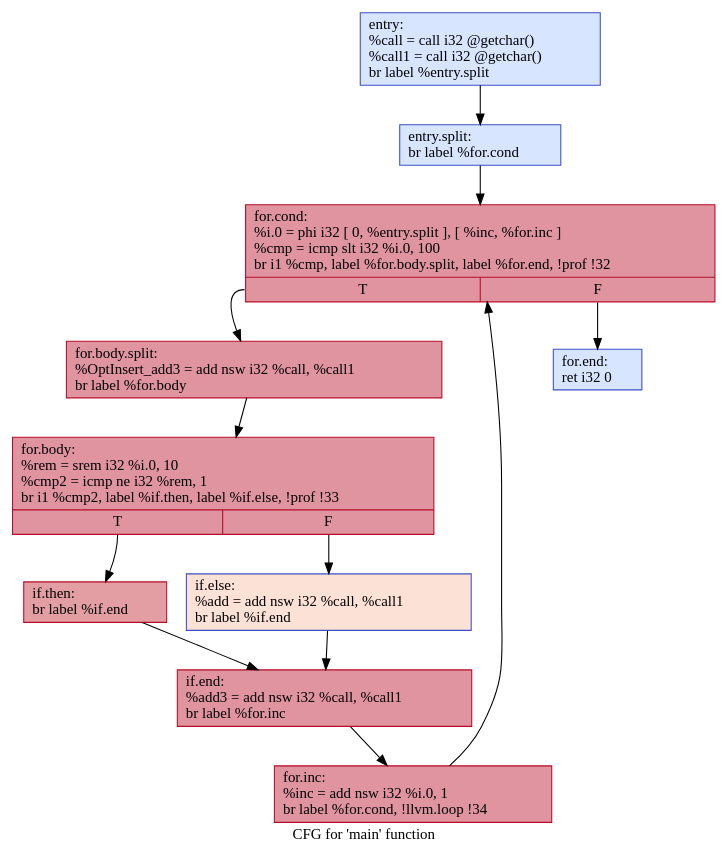
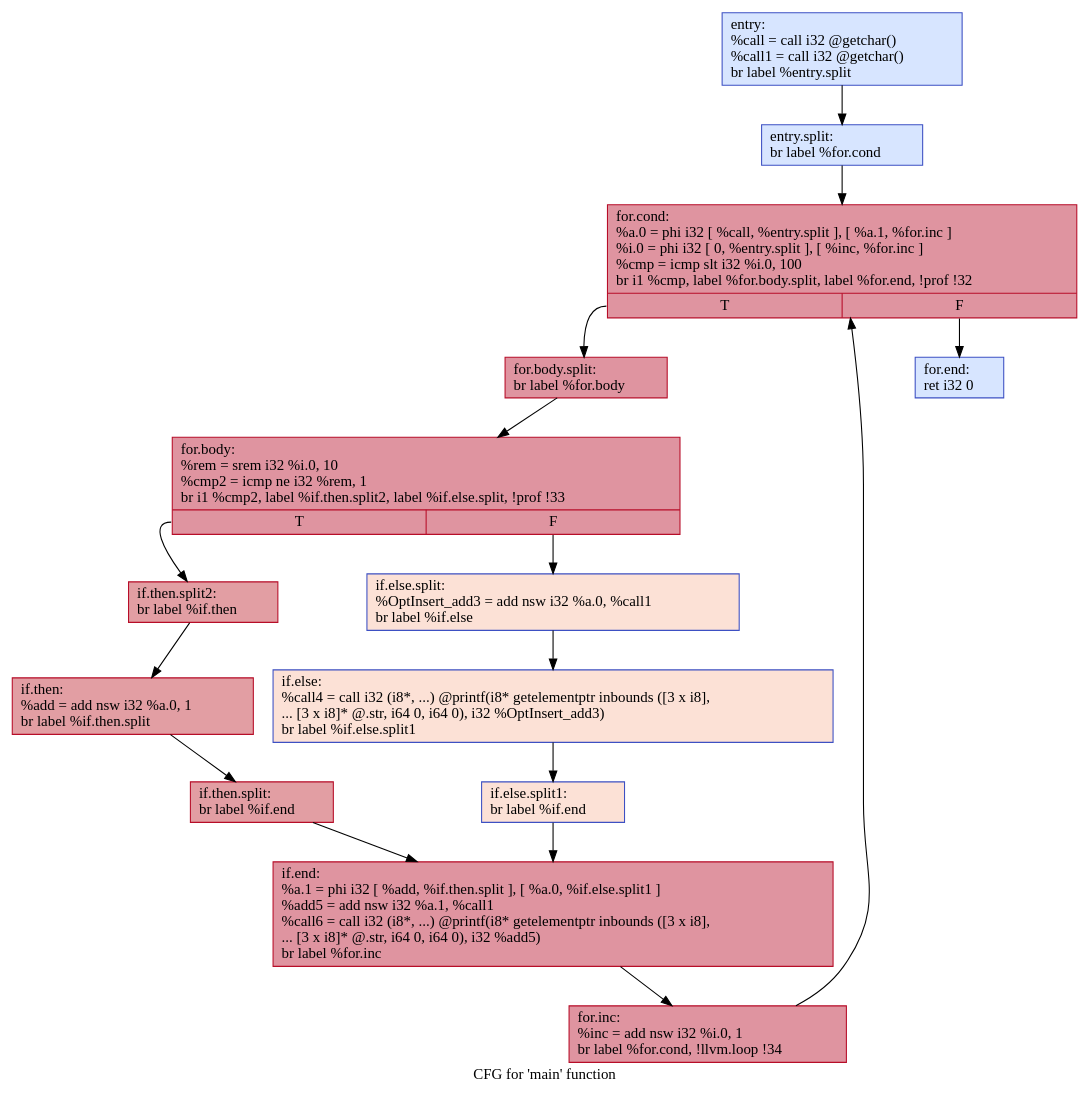
The diagram in visual/.main.dot (GGLeod/Speculation-Based-GVNPRE), drawn with Graphviz before and after one commit. The commit also changed 21 other files, not shown here.

```diff
--- a/visual/.main.dot
+++ b/visual/.main.dot
@@ -1,25 +1,33 @@
 digraph "CFG for 'main' function" {
 	label="CFG for 'main' function";
 
-	Node0x5618eed79c30 [shape=record,color="#3d50c3ff", style=filled, fillcolor="#a5c3fe70",label="{entry:\l  %call = call i32 @getchar()\l  %call1 = call i32 @getchar()\l  br label %entry.split\l}"];
-	Node0x5618eed79c30 -> Node0x5618eed825d0;
-	Node0x5618eed825d0 [shape=record,color="#3d50c3ff", style=filled, fillcolor="#a5c3fe70",label="{entry.split:                                      \l  br label %for.cond\l}"];
-	Node0x5618eed825d0 -> Node0x5618eed82620;
-	Node0x5618eed82620 [shape=record,color="#b70d28ff", style=filled, fillcolor="#b70d2870",label="{for.cond:                                         \l  %i.0 = phi i32 [ 0, %entry.split ], [ %inc, %for.inc ]\l  %cmp = icmp slt i32 %i.0, 100\l  br i1 %cmp, label %for.body.split, label %for.end, !prof !32\l|{<s0>T|<s1>F}}"];
-	Node0x5618eed82620:s0 -> Node0x5618eed82670;
-	Node0x5618eed82620:s1 -> Node0x5618eed82850;
-	Node0x5618eed82670 [shape=record,color="#b70d28ff", style=filled, fillcolor="#b70d2870",label="{for.body.split:                                   \l  %OptInsert_add3 = add nsw i32 %call, %call1\l  br label %for.body\l}"];
-	Node0x5618eed82670 -> Node0x5618eed826c0;
-	Node0x5618eed826c0 [shape=record,color="#b70d28ff", style=filled, fillcolor="#b70d2870",label="{for.body:                                         \l  %rem = srem i32 %i.0, 10\l  %cmp2 = icmp ne i32 %rem, 1\l  br i1 %cmp2, label %if.then, label %if.else, !prof !33\l|{<s0>T|<s1>F}}"];
-	Node0x5618eed826c0:s0 -> Node0x5618eed82710;
-	Node0x5618eed826c0:s1 -> Node0x5618eed82760;
-	Node0x5618eed82710 [shape=record,color="#b70d28ff", style=filled, fillcolor="#be242e70",label="{if.then:                                          \l  br label %if.end\l}"];
-	Node0x5618eed82710 -> Node0x5618eed827b0;
-	Node0x5618eed82760 [shape=record,color="#3d50c3ff", style=filled, fillcolor="#f7bca170",label="{if.else:                                          \l  %add = add nsw i32 %call, %call1\l  br label %if.end\l}"];
-	Node0x5618eed82760 -> Node0x5618eed827b0;
-	Node0x5618eed827b0 [shape=record,color="#b70d28ff", style=filled, fillcolor="#b70d2870",label="{if.end:                                           \l  %add3 = add nsw i32 %call, %call1\l  br label %for.inc\l}"];
-	Node0x5618eed827b0 -> Node0x5618eed82800;
-	Node0x5618eed82800 [shape=record,color="#b70d28ff", style=filled, fillcolor="#b70d2870",label="{for.inc:                                          \l  %inc = add nsw i32 %i.0, 1\l  br label %for.cond, !llvm.loop !34\l}"];
-	Node0x5618eed82800 -> Node0x5618eed82620;
-	Node0x5618eed82850 [shape=record,color="#3d50c3ff", style=filled, fillcolor="#a5c3fe70",label="{for.end:                                          \l  ret i32 0\l}"];
+	Node0x564414811640 [shape=record,color="#3d50c3ff", style=filled, fillcolor="#a5c3fe70",label="{entry:\l  %call = call i32 @getchar()\l  %call1 = call i32 @getchar()\l  br label %entry.split\l}"];
+	Node0x564414811640 -> Node0x564414820880;
+	Node0x564414820880 [shape=record,color="#3d50c3ff", style=filled, fillcolor="#a5c3fe70",label="{entry.split:                                      \l  br label %for.cond\l}"];
+	Node0x564414820880 -> Node0x5644148208d0;
+	Node0x5644148208d0 [shape=record,color="#b70d28ff", style=filled, fillcolor="#b70d2870",label="{for.cond:                                         \l  %a.0 = phi i32 [ %call, %entry.split ], [ %a.1, %for.inc ]\l  %i.0 = phi i32 [ 0, %entry.split ], [ %inc, %for.inc ]\l  %cmp = icmp slt i32 %i.0, 100\l  br i1 %cmp, label %for.body.split, label %for.end, !prof !32\l|{<s0>T|<s1>F}}"];
+	Node0x5644148208d0:s0 -> Node0x564414820920;
+	Node0x5644148208d0:s1 -> Node0x564414820c40;
+	Node0x564414820920 [shape=record,color="#b70d28ff", style=filled, fillcolor="#b70d2870",label="{for.body.split:                                   \l  br label %for.body\l}"];
+	Node0x564414820920 -> Node0x564414820970;
+	Node0x564414820970 [shape=record,color="#b70d28ff", style=filled, fillcolor="#b70d2870",label="{for.body:                                         \l  %rem = srem i32 %i.0, 10\l  %cmp2 = icmp ne i32 %rem, 1\l  br i1 %cmp2, label %if.then.split2, label %if.else.split, !prof !33\l|{<s0>T|<s1>F}}"];
+	Node0x564414820970:s0 -> Node0x5644148209c0;
+	Node0x564414820970:s1 -> Node0x564414820ab0;
+	Node0x5644148209c0 [shape=record,color="#b70d28ff", style=filled, fillcolor="#be242e70",label="{if.then.split2:                                   \l  br label %if.then\l}"];
+	Node0x5644148209c0 -> Node0x564414820a10;
+	Node0x564414820a10 [shape=record,color="#b70d28ff", style=filled, fillcolor="#be242e70",label="{if.then:                                          \l  %add = add nsw i32 %a.0, 1\l  br label %if.then.split\l}"];
+	Node0x564414820a10 -> Node0x564414820a60;
+	Node0x564414820a60 [shape=record,color="#b70d28ff", style=filled, fillcolor="#be242e70",label="{if.then.split:                                    \l  br label %if.end\l}"];
+	Node0x564414820a60 -> Node0x564414820ba0;
+	Node0x564414820ab0 [shape=record,color="#3d50c3ff", style=filled, fillcolor="#f7bca170",label="{if.else.split:                                    \l  %OptInsert_add3 = add nsw i32 %a.0, %call1\l  br label %if.else\l}"];
+	Node0x564414820ab0 -> Node0x564414820b00;
+	Node0x564414820b00 [shape=record,color="#3d50c3ff", style=filled, fillcolor="#f7bca170",label="{if.else:                                          \l  %call4 = call i32 (i8*, ...) @printf(i8* getelementptr inbounds ([3 x i8],\l... [3 x i8]* @.str, i64 0, i64 0), i32 %OptInsert_add3)\l  br label %if.else.split1\l}"];
+	Node0x564414820b00 -> Node0x564414820b50;
+	Node0x564414820b50 [shape=record,color="#3d50c3ff", style=filled, fillcolor="#f7bca170",label="{if.else.split1:                                   \l  br label %if.end\l}"];
+	Node0x564414820b50 -> Node0x564414820ba0;
+	Node0x564414820ba0 [shape=record,color="#b70d28ff", style=filled, fillcolor="#b70d2870",label="{if.end:                                           \l  %a.1 = phi i32 [ %add, %if.then.split ], [ %a.0, %if.else.split1 ]\l  %add5 = add nsw i32 %a.1, %call1\l  %call6 = call i32 (i8*, ...) @printf(i8* getelementptr inbounds ([3 x i8],\l... [3 x i8]* @.str, i64 0, i64 0), i32 %add5)\l  br label %for.inc\l}"];
+	Node0x564414820ba0 -> Node0x564414820bf0;
+	Node0x564414820bf0 [shape=record,color="#b70d28ff", style=filled, fillcolor="#b70d2870",label="{for.inc:                                          \l  %inc = add nsw i32 %i.0, 1\l  br label %for.cond, !llvm.loop !34\l}"];
+	Node0x564414820bf0 -> Node0x5644148208d0;
+	Node0x564414820c40 [shape=record,color="#3d50c3ff", style=filled, fillcolor="#a5c3fe70",label="{for.end:                                          \l  ret i32 0\l}"];
 }
```
